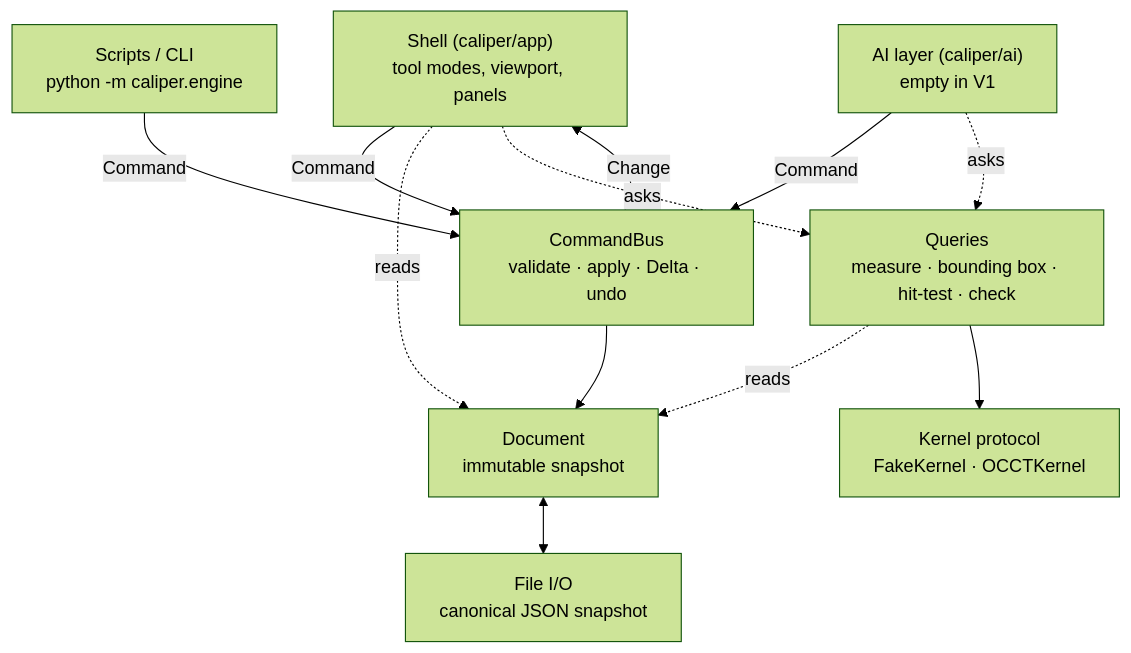
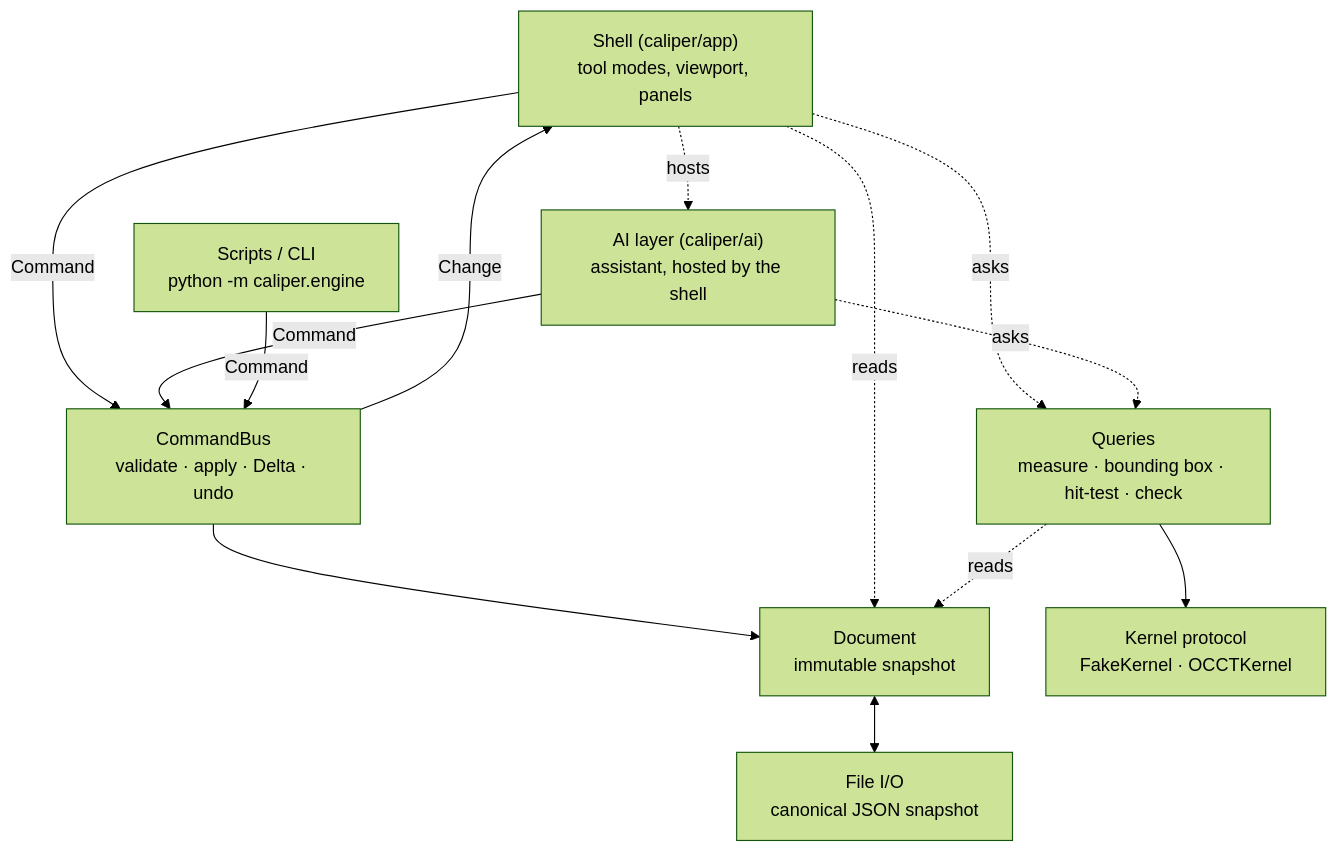
The first of 2 diagrams in docs/architecture.md (andrefongkc-cyber/caliper), drawn with Mermaid (forest theme) before and after one commit. The commit also changed other lines of this file and 1 other file, not shown here.

First line of the commit message:
docs: the shell hosts the assistant; its environment variables

````diff
--- a/docs/architecture.md
+++ b/docs/architecture.md
@@ -16,23 +16,24 @@
 ```mermaid
 flowchart TD
     UI["Shell (caliper/app)<br/>tool modes, viewport, panels"]
-    AI["AI layer (caliper/ai)<br/>empty in V1"]
+    AI["AI layer (caliper/ai)<br/>assistant, hosted by the shell"]
     CLI["Scripts / CLI<br/>python -m caliper.engine"]
     BUS["CommandBus<br/>validate · apply · Delta · undo"]
     DOC["Document<br/>immutable snapshot"]
     Q["Queries<br/>measure · bounding box · hit-test · check"]
     K["Kernel protocol<br/>FakeKernel · OCCTKernel"]
     IO["File I/O<br/>canonical JSON snapshot"]
 
     UI -- Command --> BUS
     AI -- Command --> BUS
     CLI -- Command --> BUS
+    UI -. hosts .-> AI
     BUS --> DOC
     BUS -- Change --> UI
     UI -. reads .-> DOC
     UI -. asks .-> Q
     AI -. asks .-> Q
     Q -. reads .-> DOC
     Q --> K
     DOC <--> IO
 ```
````
